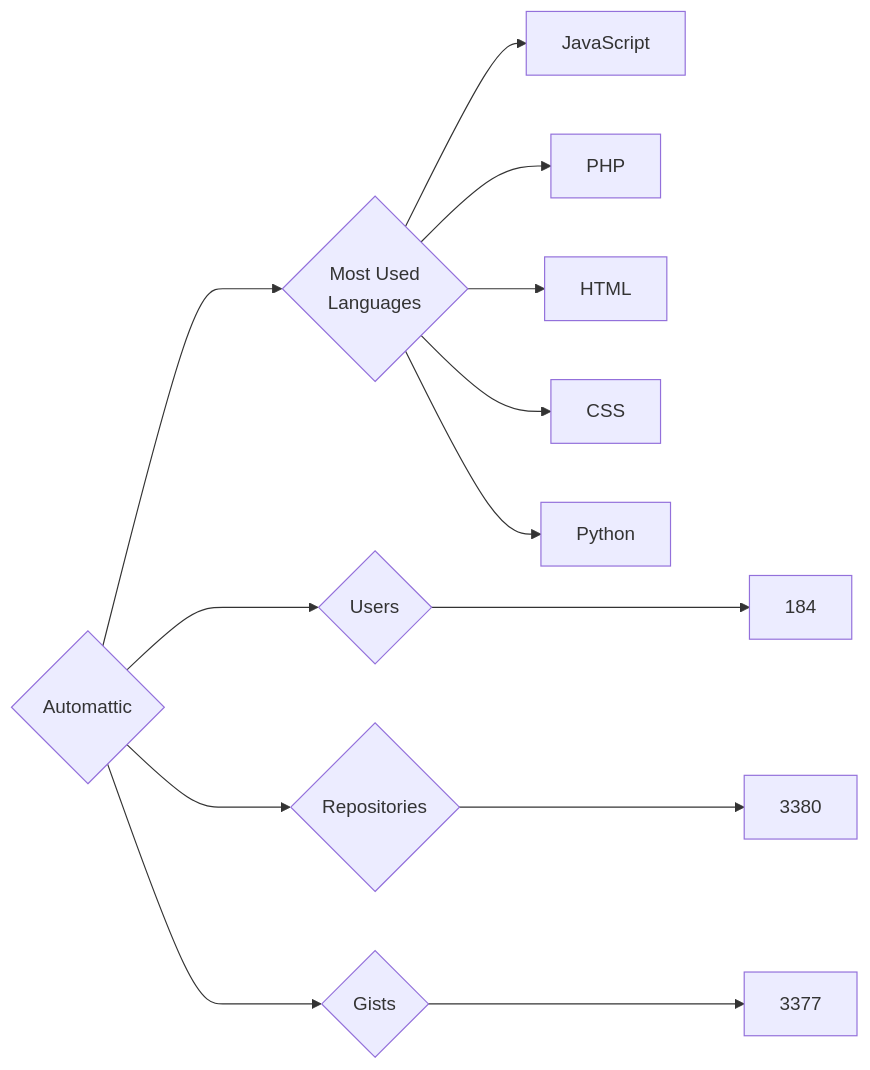
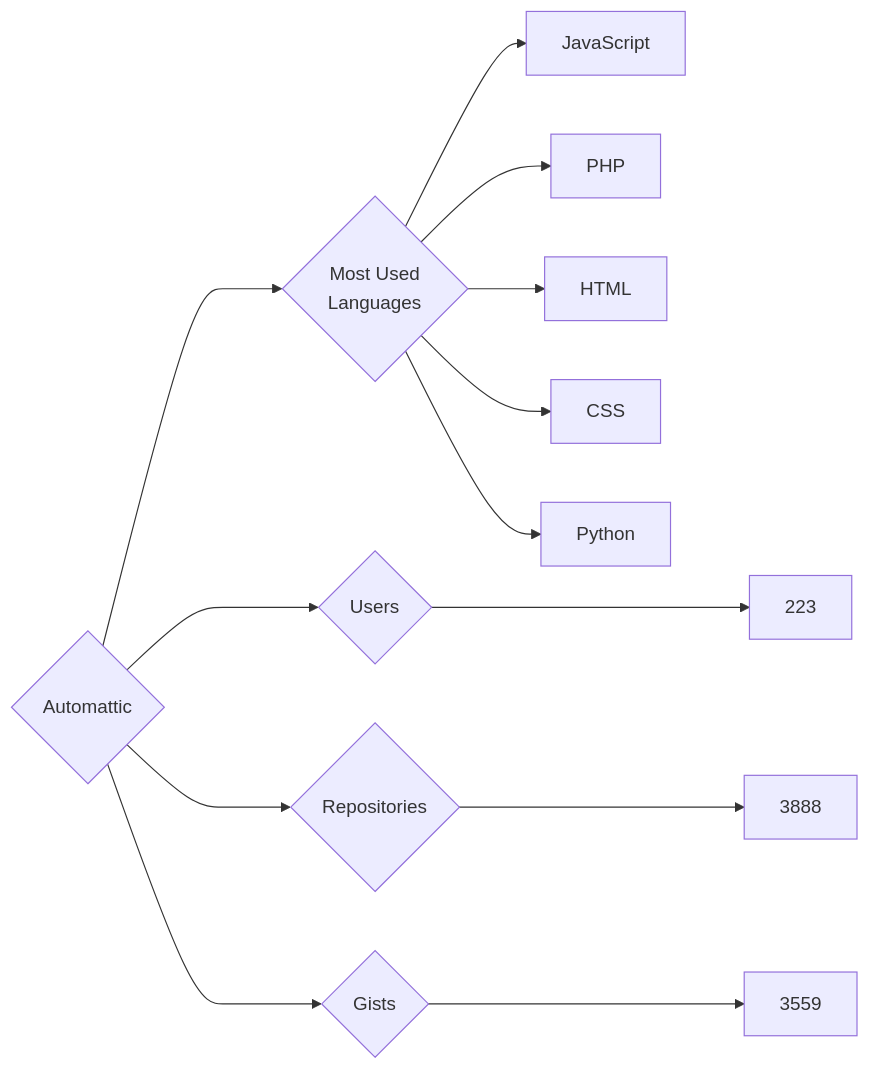
Before and after one commit to trickest/insiders: the diagram in targets/Automattic/README.md, drawn with Mermaid. The commit also changed 594 other files, not shown here.

````diff
--- a/targets/Automattic/README.md
+++ b/targets/Automattic/README.md
@@ -3,13 +3,13 @@
 ```mermaid
 graph LR
 COMPANY_NAME{Automattic}
-COMPANY_NAME ---> U{Users} ---> UN[184]
-COMPANY_NAME ---> R{Repositories} ---> RN[3380]
-COMPANY_NAME ---> G{Gists} ---> GN[3377]
+COMPANY_NAME ---> U{Users} ---> UN[223]
+COMPANY_NAME ---> R{Repositories} ---> RN[3888]
+COMPANY_NAME ---> G{Gists} ---> GN[3559]
 COMPANY_NAME ---> ML{Most Used<br>Languages}
 ML --> JavaScript[JavaScript]
 ML --> PHP[PHP]
 ML --> HTML[HTML]
 ML --> CSS[CSS]
 ML --> Python[Python]
 ```
````
